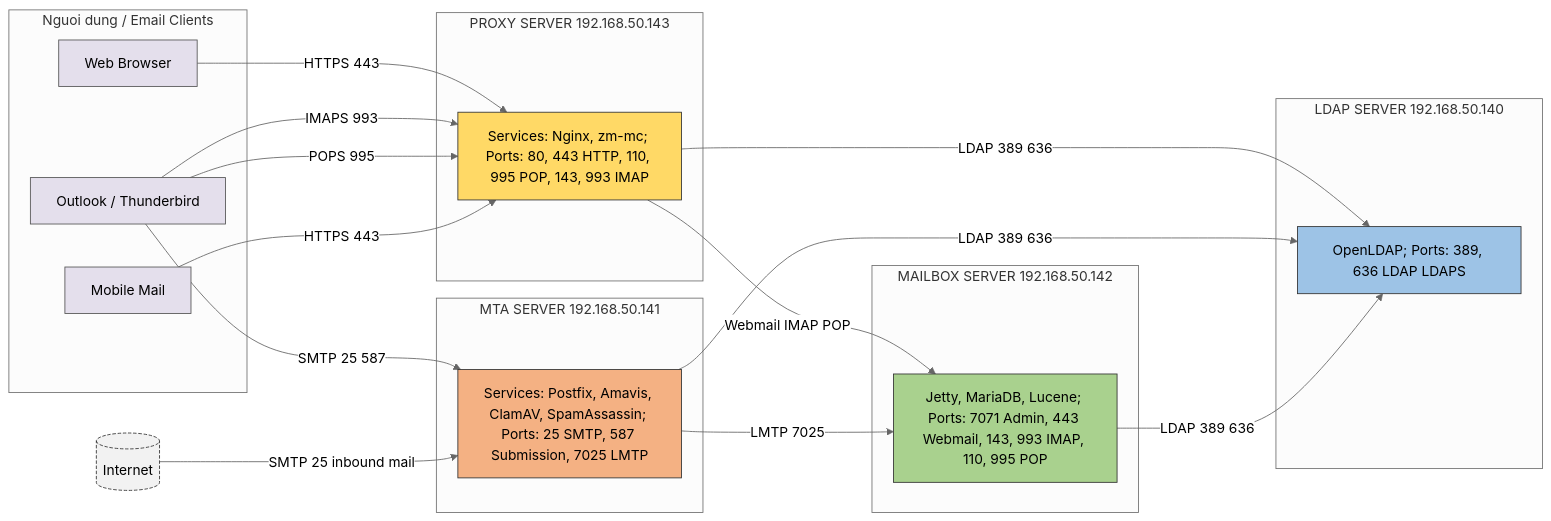
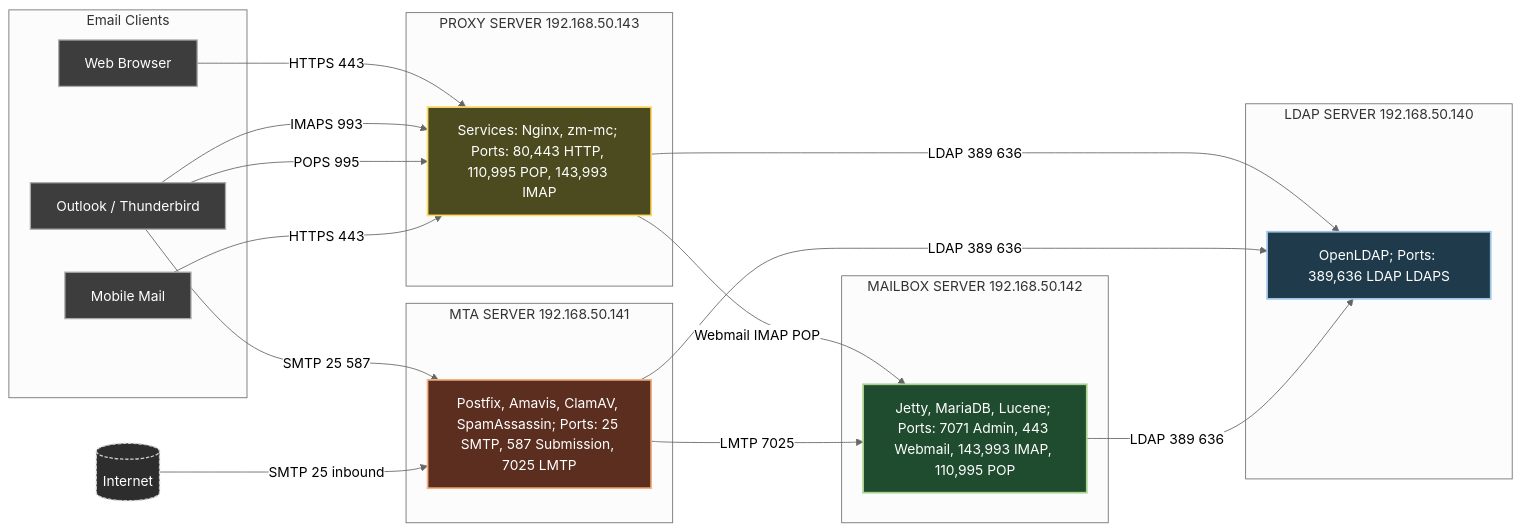
One commit to anthanh264/thuctapnhanhoa changed the diagram in 24.07.25/Zimbra Multi-Server.md. Above: the diagram before and after it, drawn with Mermaid (neutral theme).

Commit message:
Update Zimbra Multi-Server.md

````diff
--- a/24.07.25/Zimbra Multi-Server.md
+++ b/24.07.25/Zimbra Multi-Server.md
@@ -22,62 +22,63 @@
 ``` mermaid
 flowchart LR
     %% Clients
-    subgraph Clients["Nguoi dung / Email Clients"]
+    subgraph Clients["Email Clients"]
         A1[Web Browser]:::client
         A2[Outlook / Thunderbird]:::client
         A3[Mobile Mail]:::client
     end
 
     %% Internet node
     Internet[(Internet)]:::internet
 
     %% Proxy Server
     subgraph Proxy["PROXY SERVER 192.168.50.143"]
-        P[Services: Nginx, zm-mc; Ports: 80, 443 HTTP, 110, 995 POP, 143, 993 IMAP]:::proxy
+        P[Services: Nginx, zm-mc; Ports: 80,443 HTTP, 110,995 POP, 143,993 IMAP]:::proxy
     end
 
     %% MTA Server
     subgraph MTA["MTA SERVER 192.168.50.141"]
-        M[Services: Postfix, Amavis, ClamAV, SpamAssassin; Ports: 25 SMTP, 587 Submission, 7025 LMTP]:::mta
+        M[Postfix, Amavis, ClamAV, SpamAssassin; Ports: 25 SMTP, 587 Submission, 7025 LMTP]:::mta
     end
 
     %% Mailbox Server
     subgraph Mailbox["MAILBOX SERVER 192.168.50.142"]
-        B[Jetty, MariaDB, Lucene; Ports: 7071 Admin, 443 Webmail, 143, 993 IMAP, 110, 995 POP]:::mailbox
+        B[Jetty, MariaDB, Lucene; Ports: 7071 Admin, 443 Webmail, 143,993 IMAP, 110,995 POP]:::mailbox
     end
 
     %% LDAP Server
     subgraph LDAP["LDAP SERVER 192.168.50.140"]
-        L[OpenLDAP; Ports: 389, 636 LDAP LDAPS]:::ldap
+        L[OpenLDAP; Ports: 389,636 LDAP LDAPS]:::ldap
     end
 
     %% Client to Proxy (Webmail/IMAP/POP)
     A1 -->|HTTPS 443| P
     A2 -->|IMAPS 993| P
     A2 -->|POPS 995| P
     A3 -->|HTTPS 443| P
 
     %% SMTP goes directly to MTA (Clients + Internet)
     A2 -->|SMTP 25 587| M
-    Internet -->|SMTP 25 inbound mail| M
+    Internet -->|SMTP 25 inbound| M
 
     %% Proxy forwards Webmail/IMAP/POP to Mailbox
     P -->|Webmail IMAP POP| B
 
     %% MTA delivers to Mailbox via LMTP
     M -->|LMTP 7025| B
 
     %% All servers query LDAP
     P -->|LDAP 389 636| L
     M -->|LDAP 389 636| L
     B -->|LDAP 389 636| L
 
-    %% Styles
-    classDef proxy fill:#FFD966,stroke:#333;
-    classDef mta fill:#F4B183,stroke:#333;
-    classDef mailbox fill:#A9D18E,stroke:#333;
-    classDef ldap fill:#9DC3E6,stroke:#333;
-    classDef client fill:#E4DFEC,stroke:#555;
-    classDef internet fill:#F2F2F2,stroke:#333,stroke-dasharray:4 2;
+    %% Dark mode styles
+    classDef proxy fill:#4B4B1F,stroke:#FFD966,color:#FFFFFF,stroke-width:2px;
+    classDef mta fill:#5C2E1F,stroke:#F4B183,color:#FFFFFF,stroke-width:2px;
+    classDef mailbox fill:#1F4B2E,stroke:#A9D18E,color:#FFFFFF,stroke-width:2px;
+    classDef ldap fill:#1F3B4B,stroke:#9DC3E6,color:#FFFFFF,stroke-width:2px;
+    classDef client fill:#3D3D3D,stroke:#AAAAAA,color:#FFFFFF,stroke-width:1.5px;
+    classDef internet fill:#2D2D2D,stroke:#CCCCCC,color:#FFFFFF,stroke-dasharray:4 2,stroke-width:1.5px;
+
 
 ```
````
